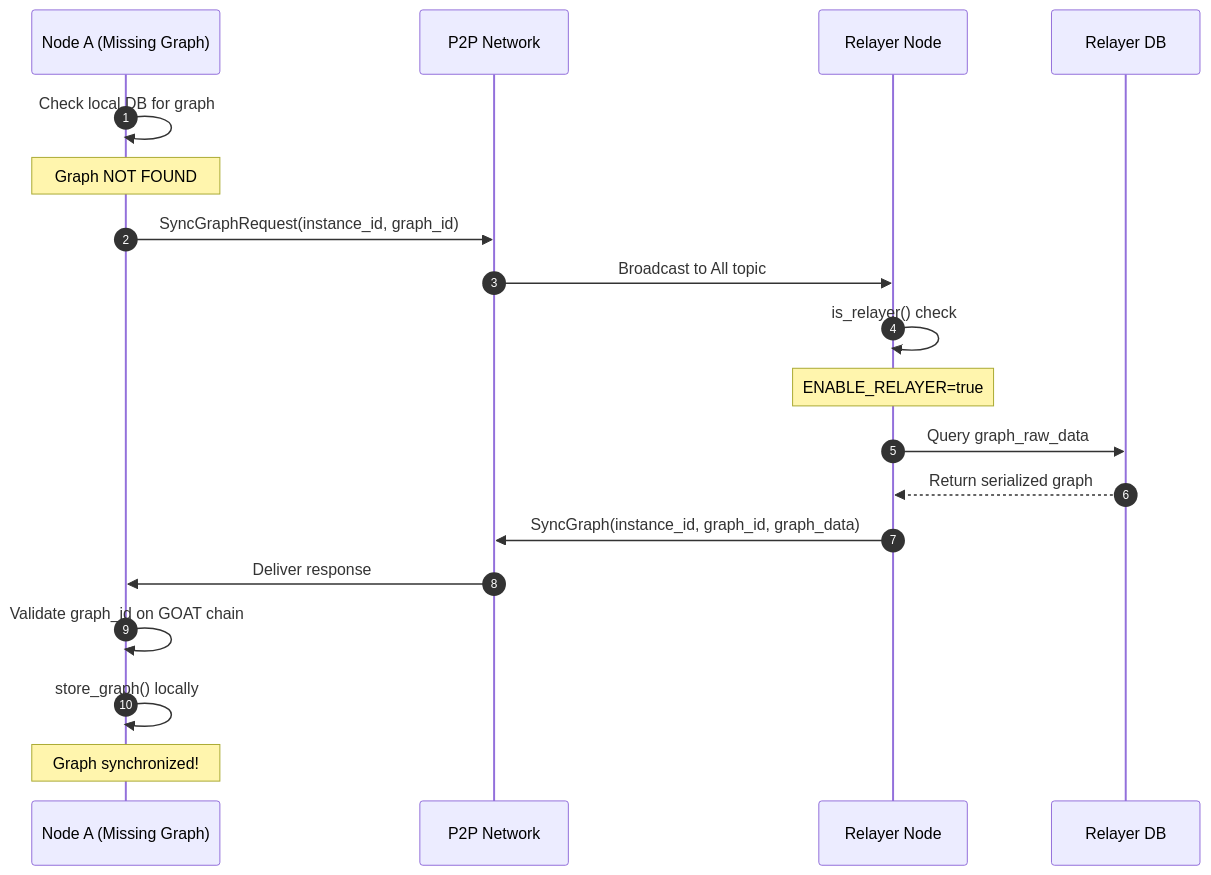
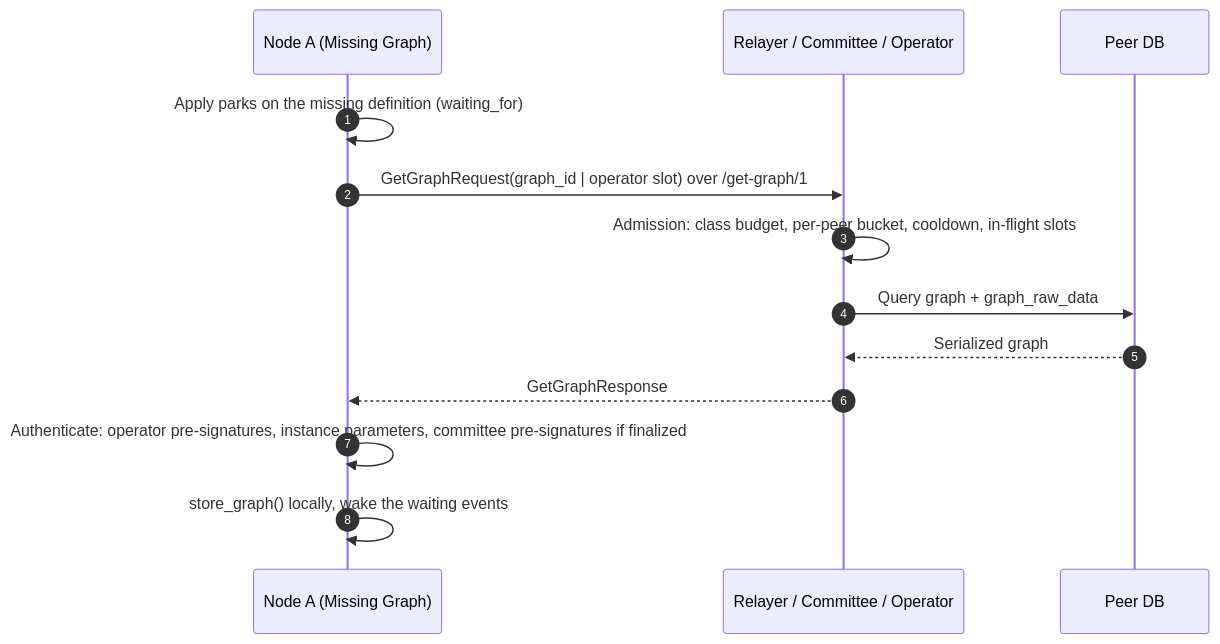
Diagram 11 of 13 in node/README.md (GOATNetwork/bitvm-node), drawn with Mermaid before and after one commit. The commit also changed other lines of this file and 239 other files, not shown here.

First line of the commit message:
Refactor protocol flows around Instance and Graph state machines (#476)

````diff
--- a/node/README.md
+++ b/node/README.md
@@ -531,27 +543,17 @@
 ```mermaid
 sequenceDiagram
     autonumber
     participant NodeA as Node A (Missing Graph)
-    participant P2P as P2P Network
-    participant Relayer as Relayer Node
-    participant DB as Relayer DB
+    participant Peer as Relayer / Committee / Operator
+    participant DB as Peer DB
 
-    NodeA->>NodeA: Check local DB for graph
-    Note over NodeA: Graph NOT FOUND
+    NodeA->>NodeA: Apply parks on the missing definition (waiting_for)
+    NodeA->>Peer: GetGraphRequest(graph_id | operator slot) over /get-graph/1
+    Peer->>Peer: Admission: class budget, per-peer bucket, cooldown, in-flight slots
+    Peer->>DB: Query graph + graph_raw_data
+    DB-->>Peer: Serialized graph
+    Peer-->>NodeA: GetGraphResponse
 
-    NodeA->>P2P: SyncGraphRequest(instance_id, graph_id)
-    P2P->>Relayer: Broadcast to All topic
-
-    Relayer->>Relayer: is_relayer() check
-    Note over Relayer: ENABLE_RELAYER=true
-
-    Relayer->>DB: Query graph_raw_data
-    DB-->>Relayer: Return serialized graph
-
-    Relayer->>P2P: SyncGraph(instance_id, graph_id, graph_data)
-    P2P->>NodeA: Deliver response
-
-    NodeA->>NodeA: Validate graph_id on GOAT chain
-    NodeA->>NodeA: store_graph() locally
-    Note over NodeA: Graph synchronized!
+    NodeA->>NodeA: Authenticate: operator pre-signatures, instance parameters, committee pre-signatures if finalized
+    NodeA->>NodeA: store_graph() locally, wake the waiting events
 ```
````
